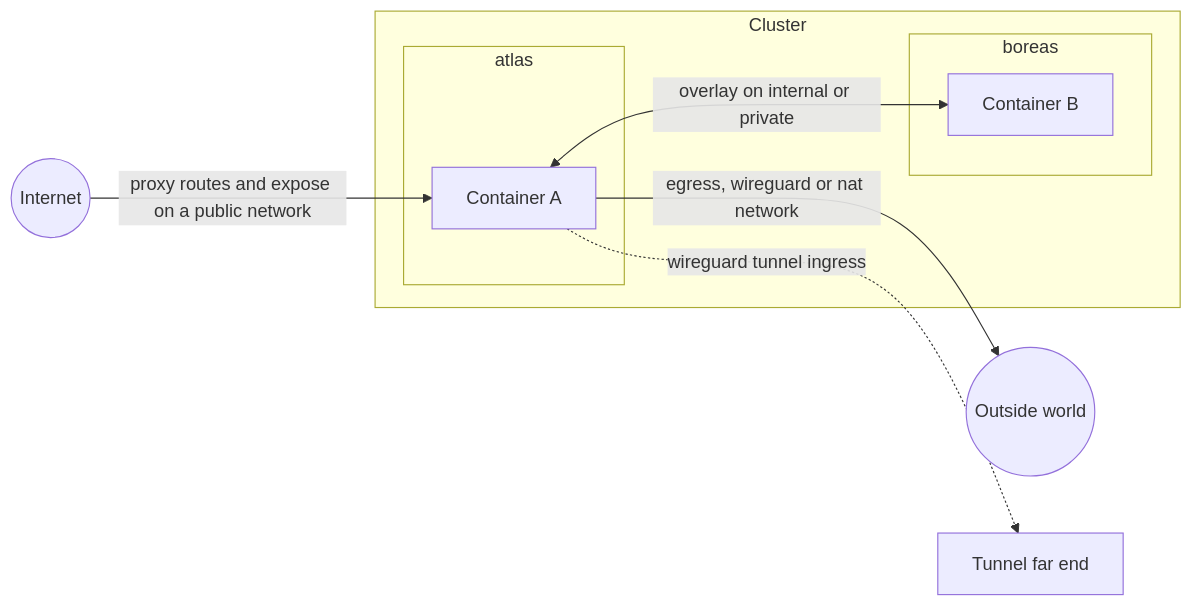
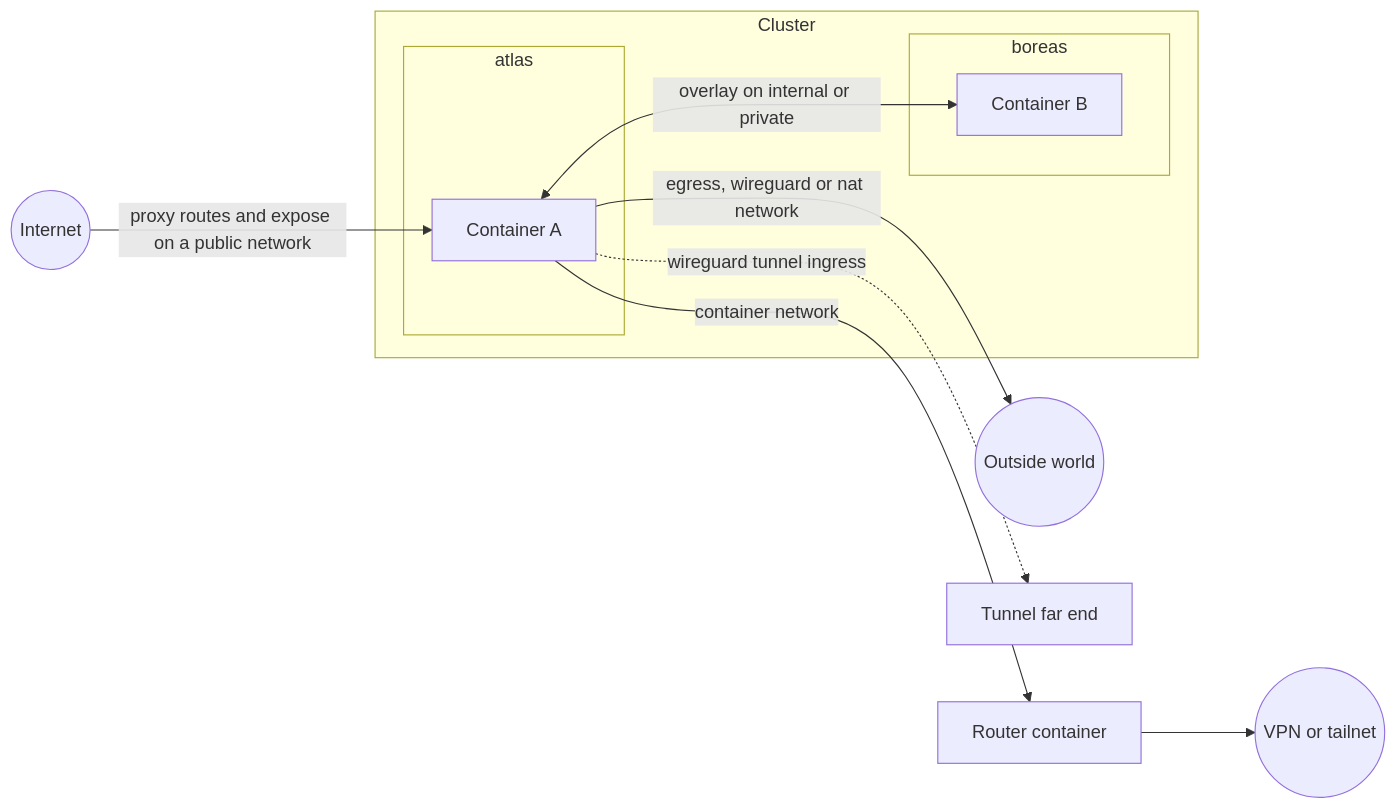
Before and after one commit to LiteApplication/clouduler: the diagram in docs/content/features/networking.mdx, drawn with Mermaid. The commit also changed other lines of this file and 78 other files, not shown here.

Commit message:
Add container network kind routing traffic through a router container

````diff
--- a/docs/content/features/networking.mdx
+++ b/docs/content/features/networking.mdx
@@ -16,15 +16,16 @@
 ```mermaid
 flowchart LR
   subgraph Cluster
     subgraph atlas
       A[Container A]
     end
     subgraph boreas
       B[Container B]
     end
     A <-->|overlay on internal or private| B
   end
   I((Internet)) -->|proxy routes and expose on a public network| A
   A -->|egress, wireguard or nat network| O((Outside world))
+  A -->|container network| R[Router container] --> V((VPN or tailnet))
   A -.->|wireguard tunnel ingress| T[Tunnel far end]
 ```
````
